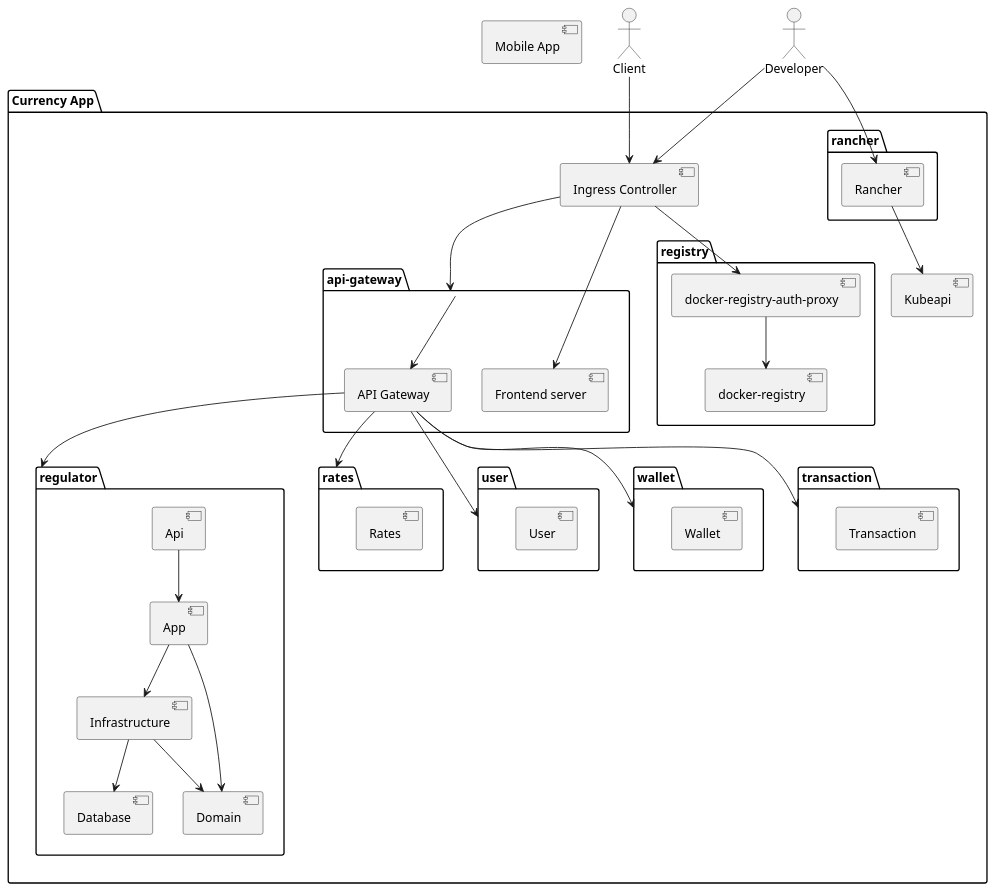
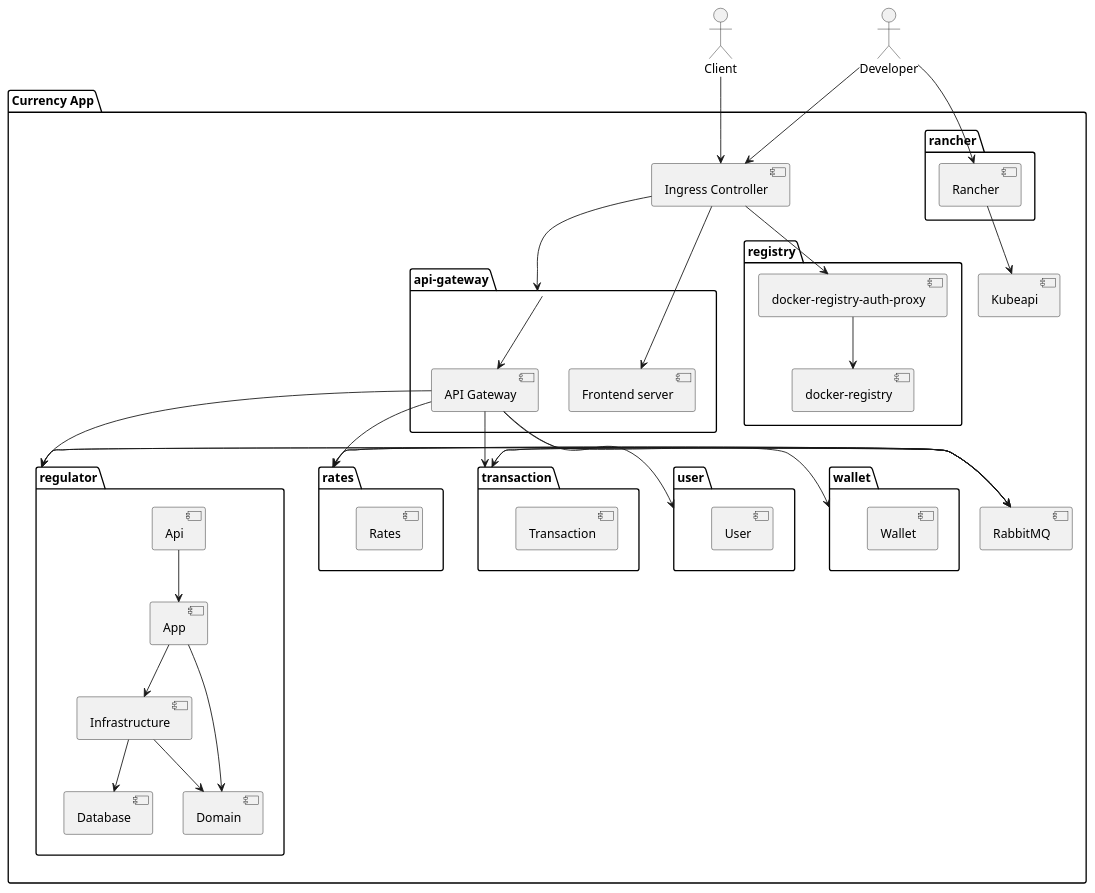
Before and after one commit to nightnoryu/software-design: the diagram in 3. Технические процессы/Infrastructure.puml, drawn with PlantUML.

Commit message:
Добавил брокера сообщений

```diff
--- a/3. Технические процессы/Infrastructure.puml
+++ b/3. Технические процессы/Infrastructure.puml
@@ -1,65 +1,71 @@
 @startuml Infrastructure Diagram
-[Mobile App]
 package "Currency App" {
     package "api-gateway" {
         [Frontend server]
         [API Gateway]
     }
     package "regulator" {
         [Api]
         [App]
         [Infrastructure]
         [Domain]
         [Database]
     }
     package "rates" {
         [Rates]
     }
     package "user" {
         [User]
     }
     package "wallet" {
         [Wallet]
     }
     package "transaction" {
         [Transaction]
     }
     package "registry" {
         [docker-registry]
         [docker-registry-auth-proxy]
     }
     package "rancher" {
         [Rancher]
     }
     [Ingress Controller]
     [Kubeapi]
+    [RabbitMQ]
 }
 
 [docker-registry-auth-proxy] --> [docker-registry]
 
 [Api] --> [App]
 [App] --> [Infrastructure]
 [App] --> [Domain]
 [Infrastructure] --> [Domain]
 [Infrastructure] --> [Database]
 
 [Ingress Controller] --> [docker-registry-auth-proxy]
 [Ingress Controller] --> [api-gateway]
 [Ingress Controller] --> [Frontend server]
 
 [api-gateway] --> [API Gateway]
 [API Gateway] --> [regulator]
 [API Gateway] --> [rates]
 [API Gateway] --> [user]
 [API Gateway] --> [wallet]
 [API Gateway] --> [transaction]
 
+[RabbitMQ] -> [regulator]
+[regulator] -> [RabbitMQ]
+[RabbitMQ] -> [rates]
+[rates] -> [RabbitMQ]
+[RabbitMQ] -> [transaction]
+[transaction] -> [RabbitMQ]
 
 actor Client
 [Client] --> [Ingress Controller]
 
 actor Developer
 [Developer] --> [Rancher]
 [Developer] --> [Ingress Controller]
 [Rancher] --> [Kubeapi]
 @enduml
```
